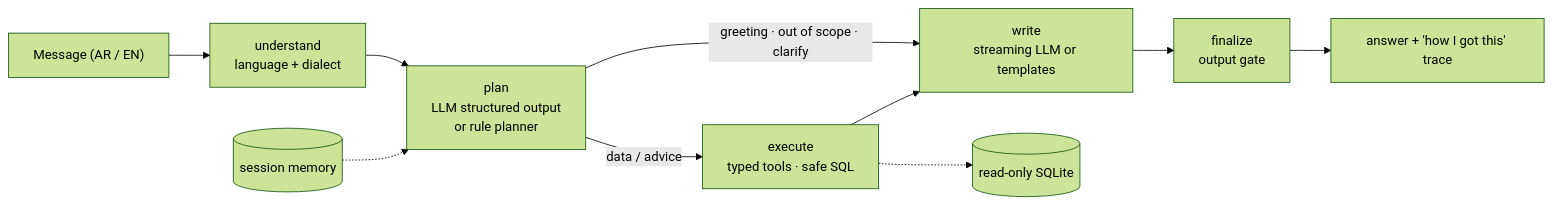
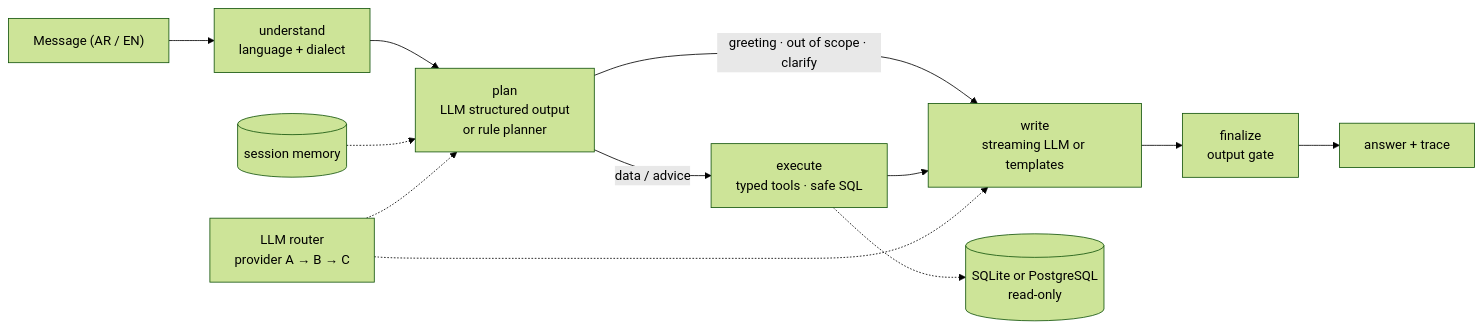
One commit to accnadashaban-png/bilingual-market-assistant changed the diagram in README.md. Above: the diagram before and after it, drawn with Mermaid (forest theme). The commit also changed other lines of this file and 9 other files, not shown here.

````diff
--- a/README.md
+++ b/README.md
@@ -27,12 +27,13 @@
 ```mermaid
 flowchart LR
     Q["Message (AR / EN)"] --> U["understand<br/>language + dialect"]
     U --> P["plan<br/>LLM structured output<br/>or rule planner"]
     P -->|data / advice| T["execute<br/>typed tools · safe SQL"]
     P -->|greeting · out of scope · clarify| W
     T --> W["write<br/>streaming LLM or templates"]
     W --> G["finalize<br/>output gate"]
-    G --> A["answer + 'how I got this' trace"]
+    G --> A["answer + trace"]
     M[("session memory")] -.-> P
-    T -.-> DB[("read-only SQLite")]
+    R["LLM router<br/>provider A → B → C"] -.-> P & W
+    T -.-> DB[("SQLite or PostgreSQL<br/>read-only")]
 ```
````
